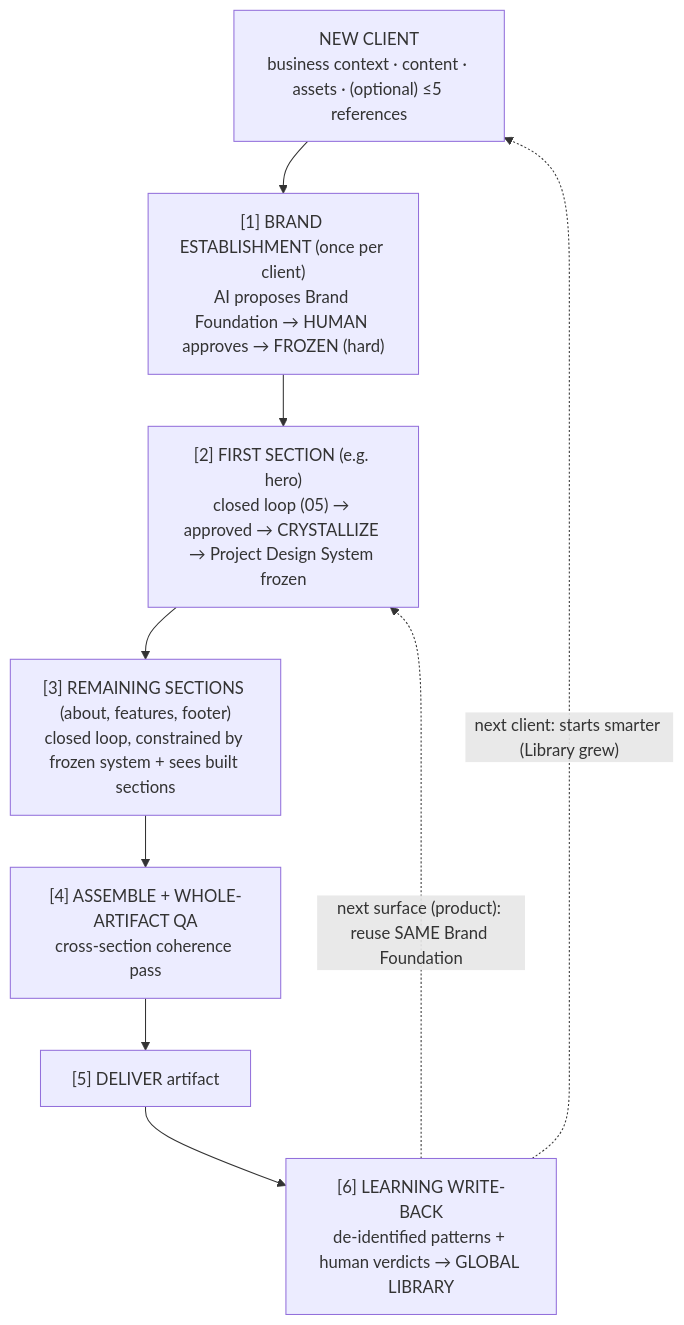
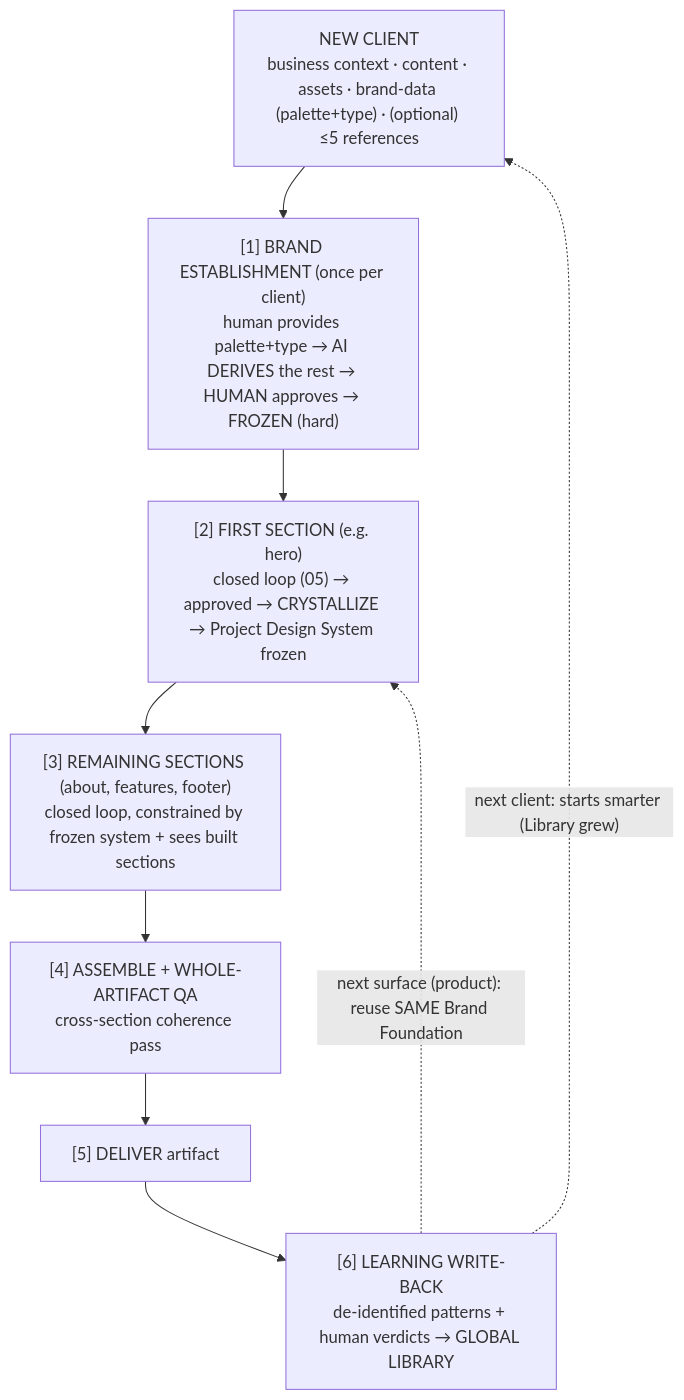
The first of 6 diagrams in autonomous-design-engine/spec/06-workflows.md (dev8xofficial/TroopHunter), drawn with Mermaid before and after one commit. The commit also changed other lines of this file and 82 other files, not shown here.

````diff
--- a/autonomous-design-engine/spec/06-workflows.md
+++ b/autonomous-design-engine/spec/06-workflows.md
@@ -9,12 +9,12 @@
 ```mermaid
 flowchart TB
-    NC["NEW CLIENT<br/>business context · content · assets · (optional) ≤5 references"] --> B
-    B["[1] BRAND ESTABLISHMENT (once per client)<br/>AI proposes Brand Foundation → HUMAN approves → FROZEN (hard)"] --> S1
+    NC["NEW CLIENT<br/>business context · content · assets · brand-data (palette+type) · (optional) ≤5 references"] --> B
+    B["[1] BRAND ESTABLISHMENT (once per client)<br/>human provides palette+type → AI DERIVES the rest → HUMAN approves → FROZEN (hard)"] --> S1
     S1["[2] FIRST SECTION (e.g. hero)<br/>closed loop (05) → approved → CRYSTALLIZE → Project Design System frozen"] --> SR
     SR["[3] REMAINING SECTIONS (about, features, footer)<br/>closed loop, constrained by frozen system + sees built sections"] --> QA
     QA["[4] ASSEMBLE + WHOLE-ARTIFACT QA<br/>cross-section coherence pass"] --> DEL
     DEL["[5] DELIVER artifact"] --> WB
     WB["[6] LEARNING WRITE-BACK<br/>de-identified patterns + human verdicts → GLOBAL LIBRARY"]
     WB -. next surface (product): reuse SAME Brand Foundation .-> S1
     WB -. next client: starts smarter (Library grew) .-> NC
 ```
````
